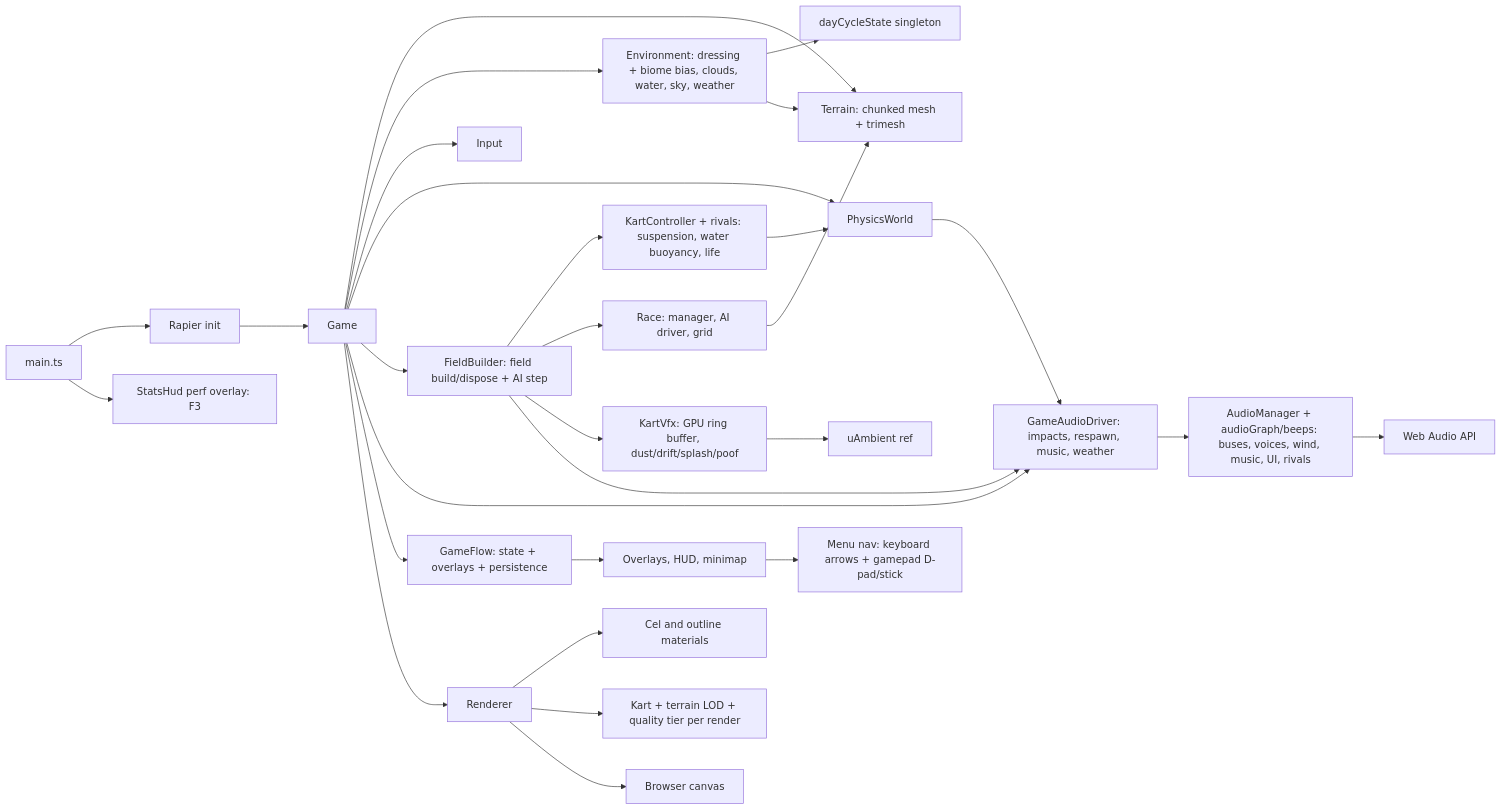
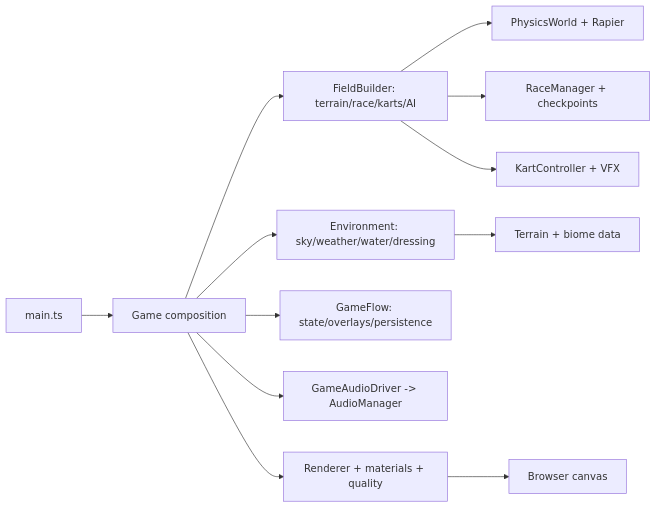
Before and after one commit to jjgroenendijk/cart-game: the first of 2 diagrams in AGENTS.md, drawn with Mermaid. The commit also changed other lines of this file and 74 other files, not shown here.

First line of the commit message:
feat(docs): add OKF v0.1 knowledge wiki for architecture (#84)

````diff
--- a/AGENTS.md
+++ b/AGENTS.md
@@ -24,30 +25,14 @@
 ```mermaid
 flowchart LR
-  main[main.ts] --> rapier[Rapier init]
-  rapier --> game[Game]
-  game --> terrain[Terrain: chunked mesh + trimesh]
-  game --> env[Environment: dressing + biome bias, clouds, water, sky, weather]
-  env --> dayCycle[dayCycleState singleton]
-  env --> terrain
-  game --> input[Input]
-  game --> physics[PhysicsWorld]
-  game --> field[FieldBuilder: field build/dispose + AI step]
-  field --> kart[KartController + rivals: suspension, water buoyancy, life]
-  field --> race[Race: manager, AI driver, grid]
-  field --> kartVfx[KartVfx: GPU ring buffer, dust/drift/splash/poof]
-  kartVfx --> lightUniforms[uAmbient ref]
-  kart --> physics
-  race --> terrain
-  game --> gameAudio[GameAudioDriver: impacts, respawn, music, weather]
-  field --> gameAudio
-  physics --> gameAudio
-  gameAudio --> audio[AudioManager + audioGraph/beeps: buses, voices, wind, music, UI, rivals]
-  audio --> webaudio[Web Audio API]
-  game --> gameFlow[GameFlow: state + overlays + persistence] --> ui[Overlays, HUD, minimap]
-  ui --> menuNav[Menu nav: keyboard arrows + gamepad D-pad/stick]
-  game --> renderer[Renderer]
-  renderer --> materials[Cel and outline materials]
-  renderer --> lod[Kart + terrain LOD + quality tier per render]
+  main[main.ts] --> game[Game composition]
+  game --> field[FieldBuilder: terrain/race/karts/AI]
+  game --> env[Environment: sky/weather/water/dressing]
+  game --> flow[GameFlow: state/overlays/persistence]
+  game --> audio[GameAudioDriver -> AudioManager]
+  game --> renderer[Renderer + materials + quality]
+  field --> physics[PhysicsWorld + Rapier]
+  field --> race[RaceManager + checkpoints]
+  field --> kart[KartController + VFX]
+  env --> terrain[Terrain + biome data]
   renderer --> canvas[Browser canvas]
-  main --> statsHud[StatsHud perf overlay: F3]
 ```
````
